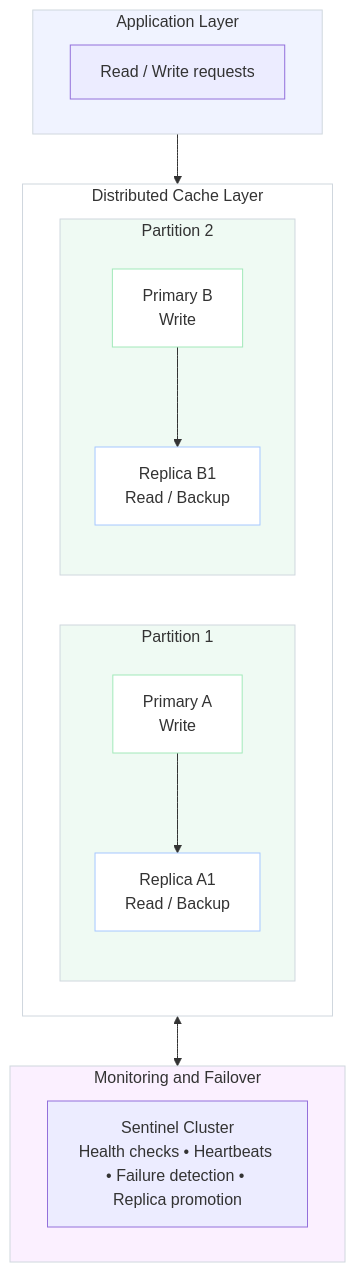
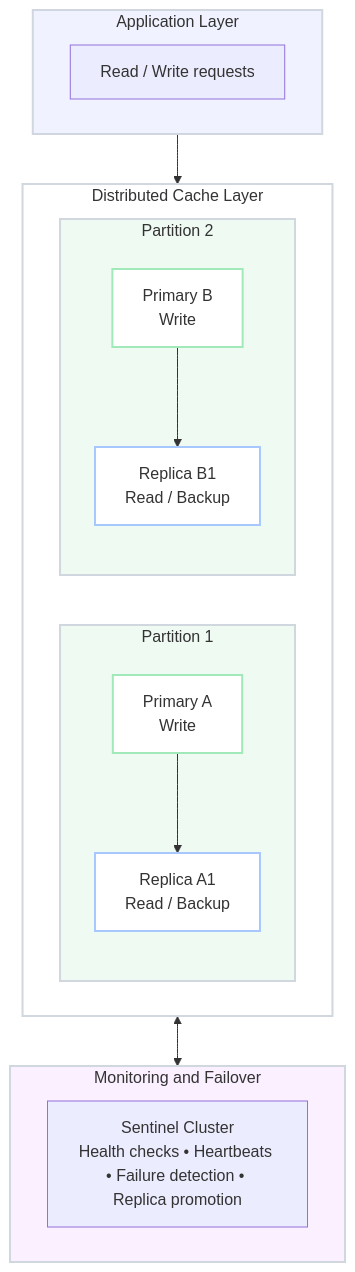
Before and after one commit to piyalidas10/System_Design: the diagram in Distributed Cache/Distributed Cache – High Availability.md, drawn with Mermaid.

Commit message:
Update styling for high contrast and maximum width

````diff
--- a/Distributed Cache/Distributed Cache – High Availability.md
+++ b/Distributed Cache/Distributed Cache – High Availability.md
@@ -14,45 +14,48 @@
 ```mermaid
 flowchart TD
     %% Application Layer
     subgraph AppLayer [Application Layer]
         App[Read / Write requests]
     end
 
     %% Distributed Cache Layer
     subgraph CacheLayer [Distributed Cache Layer]
         %% Partition 1
         subgraph P1 [Partition 1]
             PA["Primary A<br>Write"]
             RA1["Replica A1<br>Read / Backup"]
             PA --> RA1
         end
 
         %% Partition 2
         subgraph P2 [Partition 2]
             PB["Primary B<br>Write"]
             RB1["Replica B1<br>Read / Backup"]
             PB --> RB1
         end
     end
 
     %% Sentinel Cluster
     subgraph Sentinel [Monitoring and Failover]
         SC["Sentinel Cluster<br>Health checks • Heartbeats • Failure detection • Replica promotion"]
     end
 
     %% Connections
     AppLayer --> CacheLayer
     CacheLayer <--> Sentinel
 
-    %% Styling
-    style AppLayer fill:#f0f3ff,stroke:#d0d7de,stroke-width:1px
-    style CacheLayer fill:#ffffff,stroke:#d0d7de,stroke-width:1px
-    style P1 fill:#effaf3,stroke:#d0d7de,stroke-width:1px
-    style P2 fill:#effaf3,stroke:#d0d7de,stroke-width:1px
-    style Sentinel fill:#fbf0ff,stroke:#d0d7de,stroke-width:1px
+    %% Styling for High Contrast and Maximum Width
+    style AppLayer fill:#f0f3ff,stroke:#d0d7de,stroke-width:2px
+    style CacheLayer fill:#ffffff,stroke:#d0d7de,stroke-width:2px
+    style P1 fill:#effaf3,stroke:#d0d7de,stroke-width:2px
+    style P2 fill:#effaf3,stroke:#d0d7de,stroke-width:2px
+    style Sentinel fill:#fbf0ff,stroke:#d0d7de,stroke-width:2px
     
-    style PA fill:#ffffff,stroke:#a2e9b9,stroke-width:1px
-    style RA1 fill:#ffffff,stroke:#a6c8ff,stroke-width:1px
-    style PB fill:#ffffff,stroke:#a2e9b9,stroke-width:1px
-    style RB1 fill:#ffffff,stroke:#a6c8ff,stroke-width:1px
+    style PA fill:#ffffff,stroke:#a2e9b9,stroke-width:2px
+    style RA1 fill:#ffffff,stroke:#a6c8ff,stroke-width:2px
+    style PB fill:#ffffff,stroke:#a2e9b9,stroke-width:2px
+    style RB1 fill:#ffffff,stroke:#a6c8ff,stroke-width:2px
+
+    %% Directing width configuration
+    classDef fullWidth width:100%;
 ```
````
